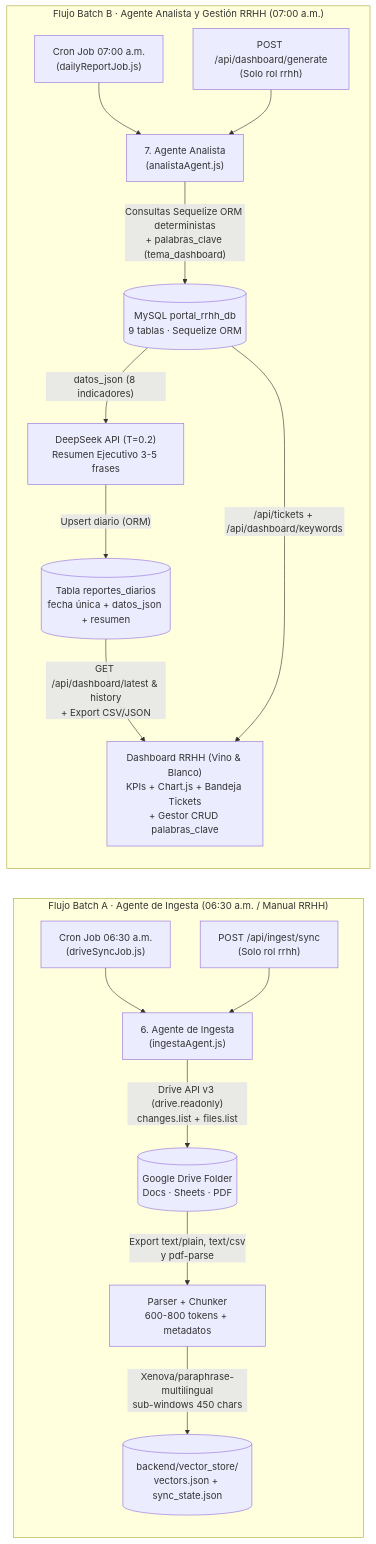
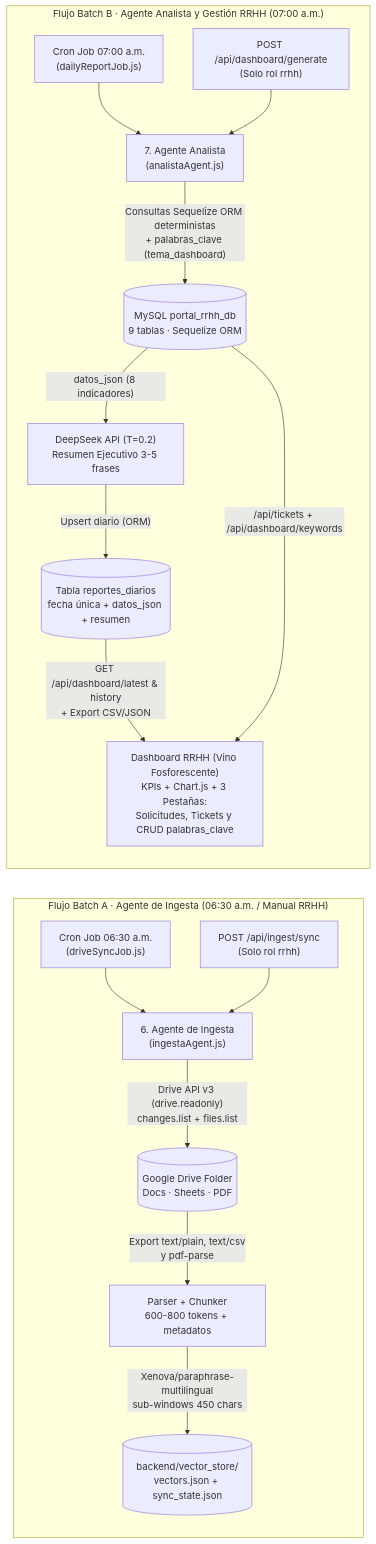
One commit to DanielOR20/Portal_Consultas changed the second of 2 diagrams in docs/architecture/diagrama_arquitectura.md. Above: the diagram before and after it, drawn with Mermaid. The commit also changed other lines of this file and 14 other files, not shown here.

Commit message:
feat: puntos extra completos (tickets, voz, validador, CRUD keywords y UI vino fosforescente)

````diff
--- a/docs/architecture/diagrama_arquitectura.md
+++ b/docs/architecture/diagrama_arquitectura.md
@@ -56,22 +56,22 @@
 ```mermaid
 flowchart LR
     subgraph INGESTA["Flujo Batch A · Agente de Ingesta (06:30 a.m. / Manual RRHH)"]
         direction TB
         CRON1["Cron Job 06:30 a.m.<br/>(driveSyncJob.js)"] --> ING["6. Agente de Ingesta<br/>(ingestaAgent.js)"]
         MAN1["POST /api/ingest/sync<br/>(Solo rol rrhh)"] --> ING
         ING -->|"Drive API v3 (drive.readonly)<br/>changes.list + files.list"| GDRIVE[("Google Drive Folder<br/>Docs · Sheets · PDF")]
         GDRIVE -->|"Export text/plain, text/csv<br/>y pdf-parse"| PARSE["Parser + Chunker<br/>600-800 tokens + metadatos"]
         PARSE -->|"Xenova/paraphrase-multilingual<br/>sub-windows 450 chars"| VSTORE[("backend/vector_store/<br/>vectors.json + sync_state.json")]
     end
 
     subgraph ANALITICA["Flujo Batch B · Agente Analista y Gestión RRHH (07:00 a.m.)"]
         direction TB
         CRON2["Cron Job 07:00 a.m.<br/>(dailyReportJob.js)"] --> ANA["7. Agente Analista<br/>(analistaAgent.js)"]
         MAN2["POST /api/dashboard/generate<br/>(Solo rol rrhh)"] --> ANA
         ANA -->|"Consultas Sequelize ORM deterministas<br/>+ palabras_clave (tema_dashboard)"| DB[("MySQL portal_rrhh_db<br/>9 tablas · Sequelize ORM")]
         DB -->|"datos_json (8 indicadores)"| LLM["DeepSeek API (T=0.2)<br/>Resumen Ejecutivo 3-5 frases"]
         LLM -->|"Upsert diario (ORM)"| REP[("Tabla reportes_diarios<br/>fecha única + datos_json + resumen")]
-        REP -->|"GET /api/dashboard/latest & history<br/>+ Export CSV/JSON"| DASH["Dashboard RRHH (Vino & Blanco)<br/>KPIs + Chart.js + Bandeja Tickets<br/>+ Gestor CRUD palabras_clave"]
+        REP -->|"GET /api/dashboard/latest & history<br/>+ Export CSV/JSON"| DASH["Dashboard RRHH (Vino Fosforescente)<br/>KPIs + Chart.js + 3 Pestañas:<br/>Solicitudes, Tickets y CRUD palabras_clave"]
         DB -->|"/api/tickets + /api/dashboard/keywords"| DASH
     end
 ```
````
